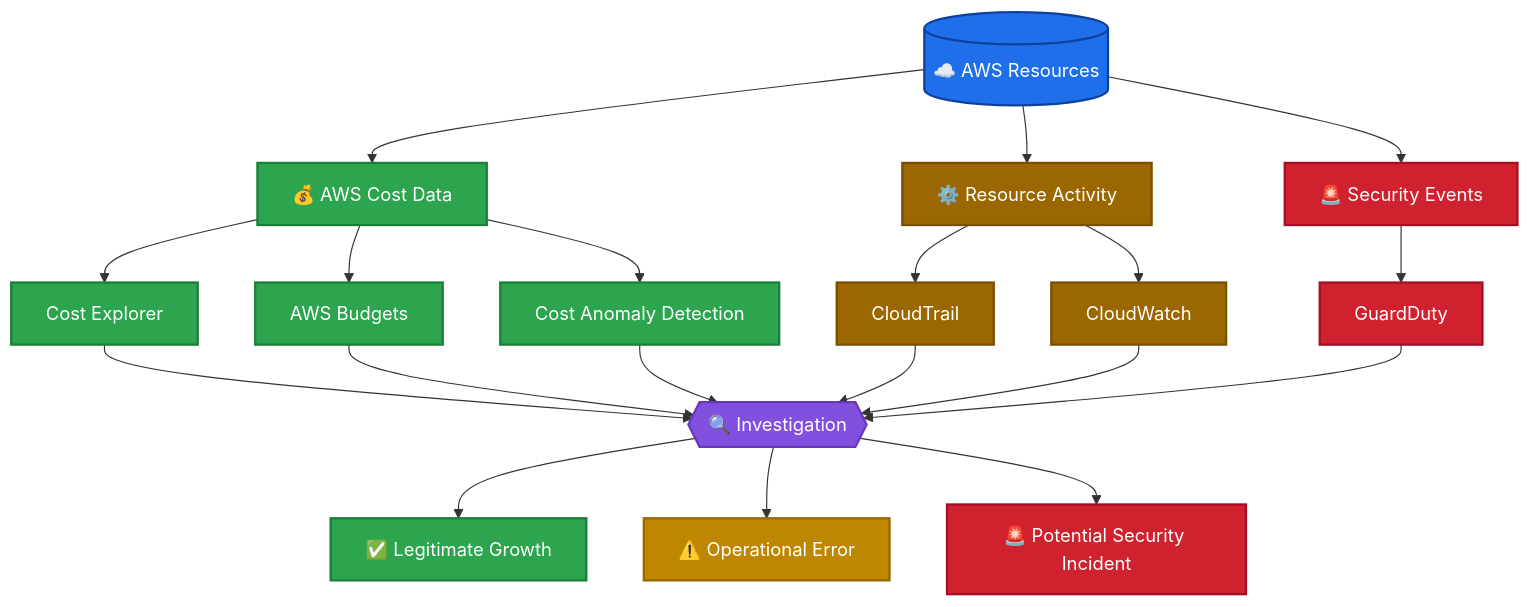
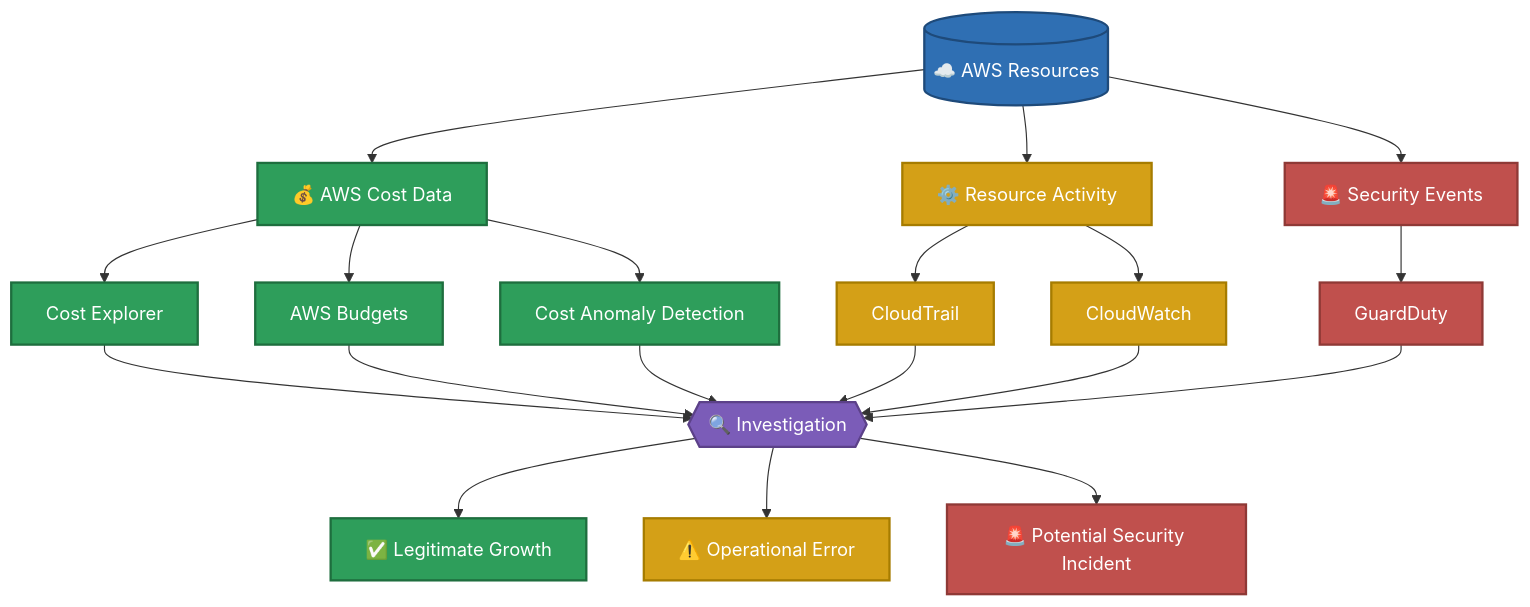
One commit to mbeeudo/-oakforge-aws-cloud-transformation changed the diagram in 01 - AWS Cloud Cost Intelligence.md. Above: the diagram before and after it, drawn with Mermaid.

Commit message:
Refactor class definitions in AWS Cloud Cost Intelligence
Updated class definitions for various categories in the diagram.

````diff
--- a/01 - AWS Cloud Cost Intelligence.md
+++ b/01 - AWS Cloud Cost Intelligence.md
@@ -32,44 +32,44 @@
 ```mermaid
 flowchart TD
     A[("☁️ AWS Resources")] --> B["💰 AWS Cost Data"]
     A --> C["⚙️ Resource Activity"]
     A --> D["🚨 Security Events"]
 
     B --> E["Cost Explorer"]
     B --> F["AWS Budgets"]
     B --> G["Cost Anomaly Detection"]
 
     C --> H["CloudTrail"]
     C --> I["CloudWatch"]
 
     D --> J["GuardDuty"]
 
     E --> K{{"🔍 Investigation"}}
     F --> K
     G --> K
     H --> K
     I --> K
     J --> K
 
     K --> L["✅ Legitimate Growth"]
     K --> M["⚠️ Operational Error"]
     K --> N["🚨 Potential Security Incident"]
 
-    classDef source fill:#1f6feb,stroke:#0d419d,color:#ffffff,stroke-width:2px
-    classDef cost fill:#2da44e,stroke:#1a7f37,color:#ffffff,stroke-width:2px
-    classDef ops fill:#9a6700,stroke:#7d4e00,color:#ffffff,stroke-width:2px
-    classDef sec fill:#cf222e,stroke:#a40e26,color:#ffffff,stroke-width:2px
-    classDef investigate fill:#8250df,stroke:#6639ba,color:#ffffff,stroke-width:2px
-    classDef good fill:#2da44e,stroke:#1a7f37,color:#ffffff,stroke-width:2px
-    classDef warn fill:#bf8700,stroke:#9a6700,color:#ffffff,stroke-width:2px
-    classDef bad fill:#cf222e,stroke:#a40e26,color:#ffffff,stroke-width:2px
+    classDef source fill:#2f6fb3,stroke:#1e4a7a,color:#ffffff,stroke-width:2px
+    classDef cost fill:#2e9e5b,stroke:#1e6e3e,color:#ffffff,stroke-width:2px
+    classDef ops fill:#d4a017,stroke:#a67c00,color:#ffffff,stroke-width:2px
+    classDef sec fill:#c0504d,stroke:#8f3936,color:#ffffff,stroke-width:2px
+    classDef investigate fill:#7b5cb8,stroke:#5c4189,color:#ffffff,stroke-width:2px
+    classDef good fill:#2e9e5b,stroke:#1e6e3e,color:#ffffff,stroke-width:2px
+    classDef warn fill:#d4a017,stroke:#a67c00,color:#ffffff,stroke-width:2px
+    classDef bad fill:#c0504d,stroke:#8f3936,color:#ffffff,stroke-width:2px
 
     class A source
     class B,E,F,G cost
     class C,H,I ops
     class D,J sec
     class K investigate
     class L good
     class M warn
     class N bad
 ```
````
